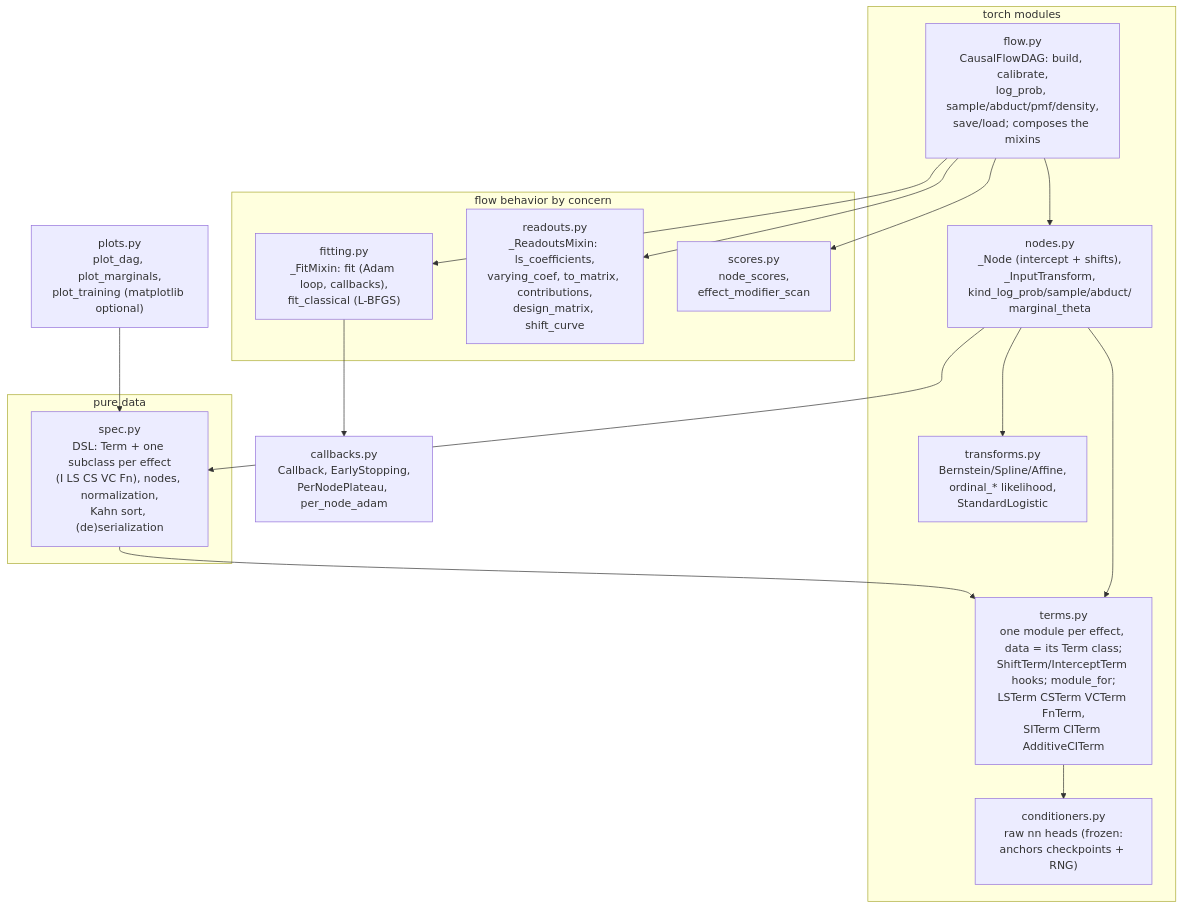
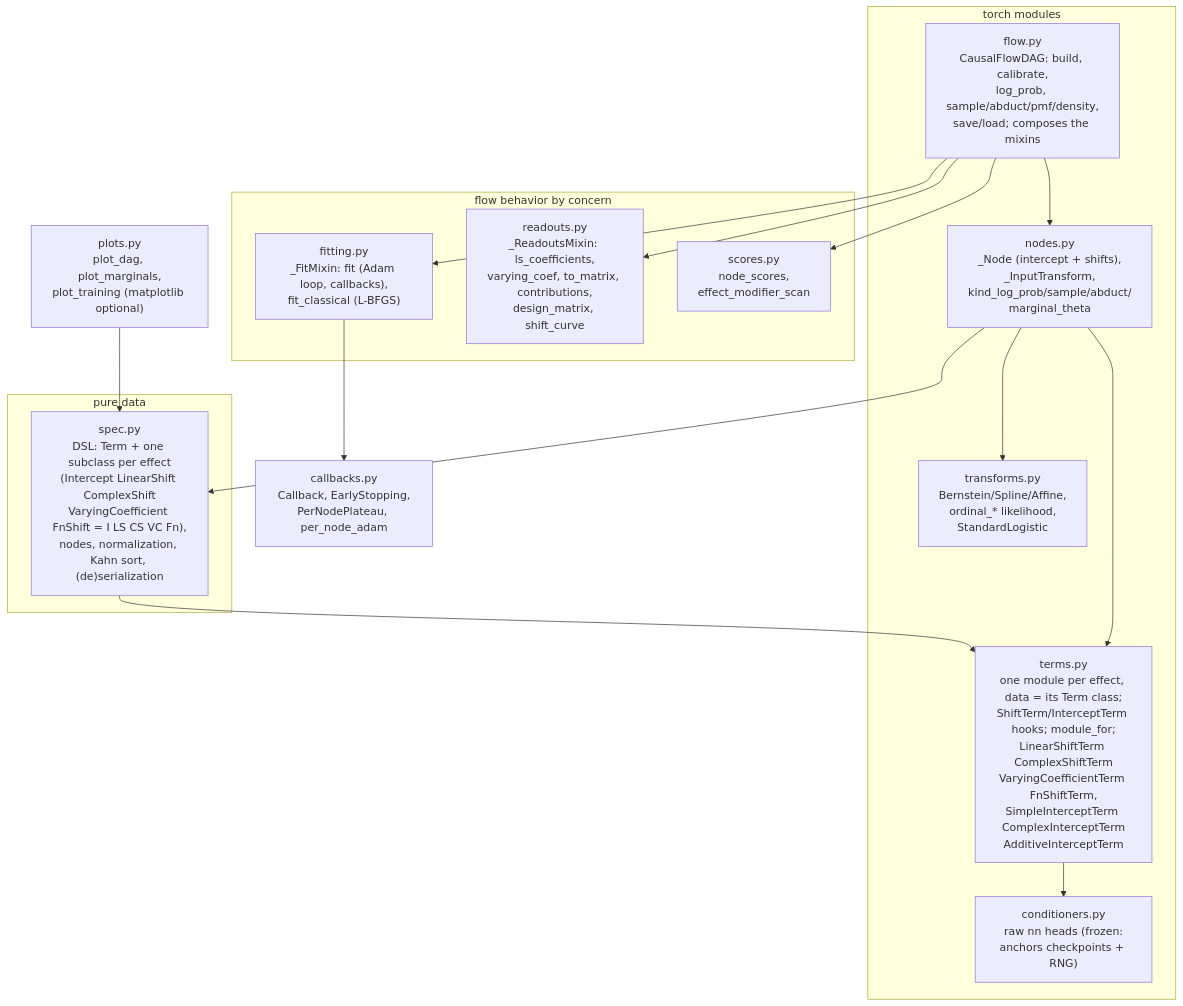
One commit to tensorchiefs/tramdag changed the first of 6 diagrams in docs/architecture.md. Above: the diagram before and after it, drawn with Mermaid. The commit also changed other lines of this file and 14 other files, not shown here.

First line of the commit message:
refactor(spec)!: pythonic class names; the term contract slims down

````diff
--- a/docs/architecture.md
+++ b/docs/architecture.md
@@ -10,32 +10,32 @@
 ```mermaid
 graph TD
     subgraph data["pure data"]
-        spec["spec.py<br/>DSL: Term + one subclass per effect<br/>(I LS CS VC Fn), nodes, normalization,<br/>Kahn sort, (de)serialization"]
+        spec["spec.py<br/>DSL: Term + one subclass per effect<br/>(Intercept LinearShift ComplexShift<br/>VaryingCoefficient FnShift = I LS CS VC Fn),<br/>nodes, normalization, Kahn sort, (de)serialization"]
     end
     subgraph torch["torch modules"]
-        terms["terms.py<br/>one module per effect, data = its Term class;<br/>ShiftTerm/InterceptTerm hooks; module_for;<br/>LSTerm CSTerm VCTerm FnTerm,<br/>SITerm CITerm AdditiveCITerm"]
+        terms["terms.py<br/>one module per effect, data = its Term class;<br/>ShiftTerm/InterceptTerm hooks; module_for;<br/>LinearShiftTerm ComplexShiftTerm<br/>VaryingCoefficientTerm FnShiftTerm,<br/>SimpleInterceptTerm ComplexInterceptTerm<br/>AdditiveInterceptTerm"]
         conditioners["conditioners.py<br/>raw nn heads (frozen:<br/>anchors checkpoints + RNG)"]
         transforms["transforms.py<br/>Bernstein/Spline/Affine,<br/>ordinal_* likelihood,<br/>StandardLogistic"]
         nodes["nodes.py<br/>_Node (intercept + shifts),<br/>_InputTransform,<br/>kind_log_prob/sample/abduct/<br/>marginal_theta"]
         flow["flow.py<br/>CausalFlowDAG: build, calibrate,<br/>log_prob, sample/abduct/pmf/density,<br/>save/load; composes the mixins"]
     end
     subgraph functions["flow behavior by concern"]
         fitting["fitting.py<br/>_FitMixin: fit (Adam loop, callbacks),<br/>fit_classical (L-BFGS)"]
         readouts["readouts.py<br/>_ReadoutsMixin: ls_coefficients,<br/>varying_coef, to_matrix, contributions,<br/>design_matrix, shift_curve"]
         scores["scores.py<br/>node_scores,<br/>effect_modifier_scan"]
     end
     callbacks["callbacks.py<br/>Callback, EarlyStopping,<br/>PerNodePlateau, per_node_adam"]
     plots["plots.py<br/>plot_dag, plot_marginals,<br/>plot_training (matplotlib optional)"]
 
     spec --> terms
     plots --> spec
     terms --> conditioners
     nodes --> terms
     nodes --> spec
     nodes --> transforms
     flow --> nodes
     flow --> fitting
     flow --> readouts
     flow --> scores
     fitting --> callbacks
 ```
````
